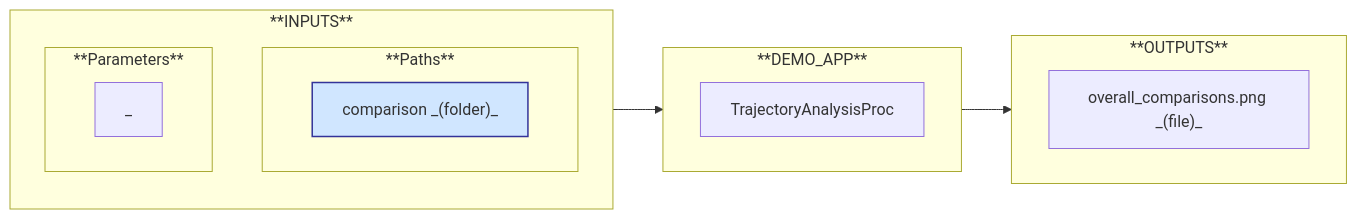
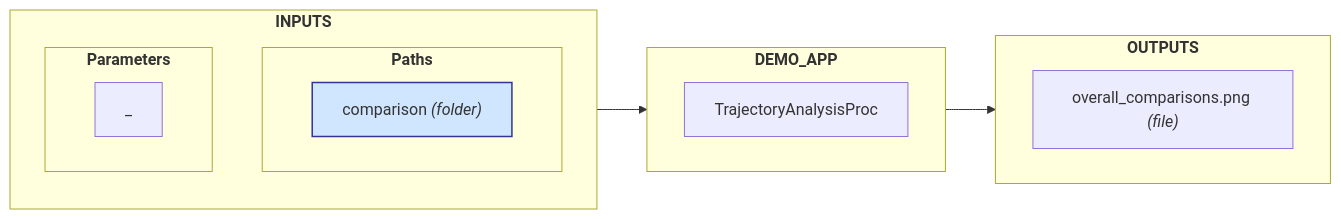
One commit to nuremics/nuremics-labs changed the eighth of 8 diagrams in src/nuremics_labs/apps/general/DEMO_APP/README.md. Above: the diagram before and after it, drawn with Mermaid. The commit also changed other lines of this file, not shown here.

````diff
--- a/src/nuremics_labs/apps/general/DEMO_APP/README.md
+++ b/src/nuremics_labs/apps/general/DEMO_APP/README.md
@@ -225,32 +225,32 @@
 ```mermaid
 flowchart LR
-  subgraph **INPUTS**
+  subgraph Inputs[<b>INPUTS<b>]
     direction TB
 
-    subgraph **Paths**
+    subgraph Paths[<b>Paths<b>]
       direction LR
-      out3["comparison _(folder)_"]
+      out3["comparison <i>(folder)<i>"]
     end
 
-    subgraph **Parameters**
+    subgraph Parameters[<b>Parameters<b>]
       direction LR
       param["_"]
     end
   end
 
-  subgraph **DEMO_APP**
+  subgraph App[<b>DEMO_APP<b>]
     direction RL
     proc3["TrajectoryAnalysisProc"]
   end
 
-  subgraph **OUTPUTS**
+  subgraph Outputs[<b>OUTPUTS<b>]
     direction RL
-    out4["overall_comparisons.png _(file)_"]
+    out4["overall_comparisons.png <i>(file)<i>"]
   end
 
-  **INPUTS** --> proc3
-  proc3 --> **OUTPUTS**
+  Inputs --> proc3
+  proc3 --> Outputs
 
   classDef blueBox fill:#d0e6ff,stroke:#339,stroke-width:1.5px;
   class out3 blueBox;
 ```
````
